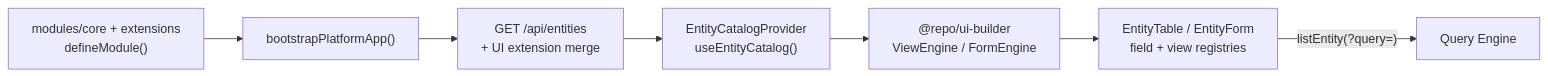
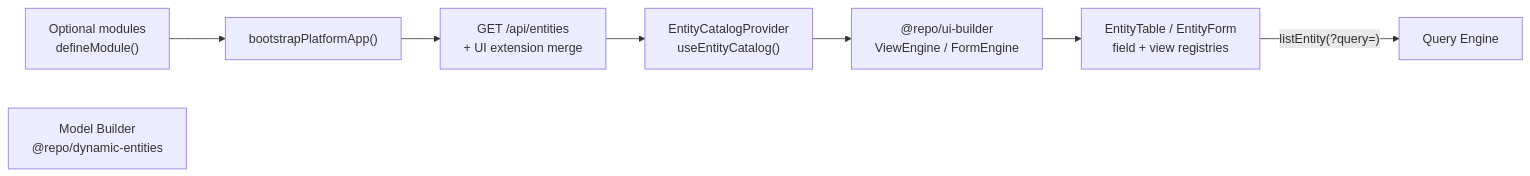
The diagram in docs/advanced-ui-builder-guide.md (AndresLGomezO/spa-base), drawn with Mermaid before and after one commit. The commit also changed other lines of this file and 35 other files, not shown here.

````diff
--- a/docs/advanced-ui-builder-guide.md
+++ b/docs/advanced-ui-builder-guide.md
@@ -11,16 +11,17 @@
 ```mermaid
 flowchart LR
-  Modules["modules/core + extensions\ndefineModule()"]
+  Modules["Optional modules\ndefineModule()"]
+  Dynamic["Model Builder\n@repo/dynamic-entities"]
   Bootstrap["bootstrapPlatformApp()"]
   API["GET /api/entities\n+ UI extension merge"]
   Catalog["EntityCatalogProvider\nuseEntityCatalog()"]
   Builder["@repo/ui-builder\nViewEngine / FormEngine"]
   Web["EntityTable / EntityForm\nfield + view registries"]
 
   Modules --> Bootstrap
   Bootstrap --> API
   API --> Catalog
   Catalog --> Builder
   Builder --> Web
   Web -->|"listEntity(?query=)"| QueryEngine["Query Engine"]
 ```
````
